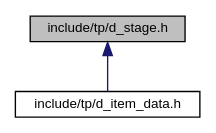
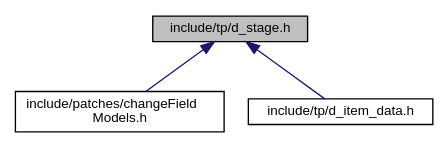
One commit to zsrtp/libtp_rel changed the diagram in docs/db/d15/d__stage_8h__dep__incl.dot. Above: the diagram before and after it, drawn with Graphviz. The commit also changed 251 other files, not shown here.

```diff
--- a/docs/db/d15/d__stage_8h__dep__incl.dot
+++ b/docs/db/d15/d__stage_8h__dep__incl.dot
@@ -1,9 +1,11 @@
 digraph "include/tp/d_stage.h"
 {
  // LATEX_PDF_SIZE
   edge [fontname="Helvetica",fontsize="10",labelfontname="Helvetica",labelfontsize="10"];
   node [fontname="Helvetica",fontsize="10",shape=record];
   Node1 [label="include/tp/d_stage.h",height=0.2,width=0.4,color="black", fillcolor="grey75", style="filled", fontcolor="black",tooltip="Stage related functions and fields."];
   Node1 -> Node2 [dir="back",color="midnightblue",fontsize="10",style="solid",fontname="Helvetica"];
-  Node2 [label="include/tp/d_item_data.h",height=0.2,width=0.4,color="black", fillcolor="white", style="filled",URL="$d2/db5/d__item__data_8h.html",tooltip="Holds structs that contain values for item data."];
+  Node2 [label="include/patches/changeField\lModels.h",height=0.2,width=0.4,color="black", fillcolor="white", style="filled",URL="$d3/de9/changeFieldModels_8h.html",tooltip=" "];
+  Node1 -> Node3 [dir="back",color="midnightblue",fontsize="10",style="solid",fontname="Helvetica"];
+  Node3 [label="include/tp/d_item_data.h",height=0.2,width=0.4,color="black", fillcolor="white", style="filled",URL="$d2/db5/d__item__data_8h.html",tooltip="Holds structs that contain values for item data."];
 }
```
